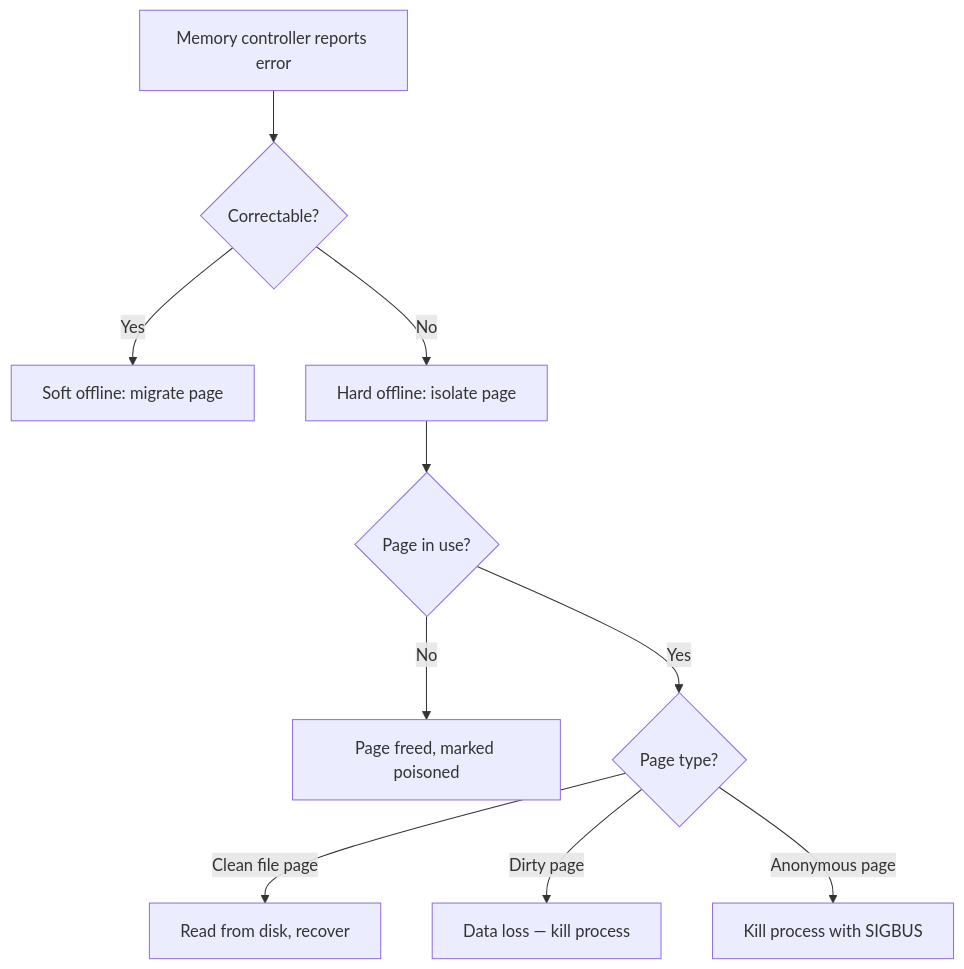
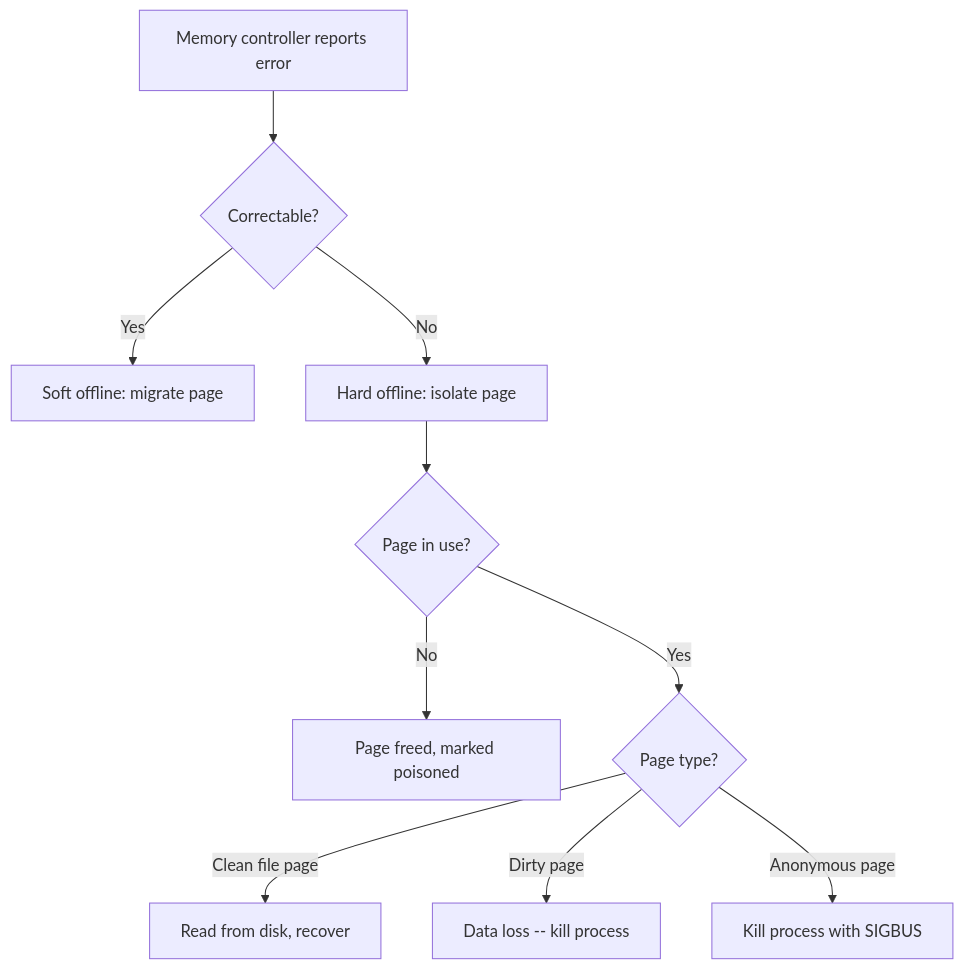
Before and after one commit to Abhinav-Kumar012/lb2: the third of 3 diagrams in src/kernel/memory/oom-killer.md, drawn with Mermaid. The commit also changed 211 other files, not shown here.

First line of the commit message:
fix: mermaid syntax issues across 212 files

````diff
--- a/src/kernel/memory/oom-killer.md
+++ b/src/kernel/memory/oom-killer.md
@@ -639,12 +639,12 @@
 ```mermaid
 flowchart TB
     A[Memory controller reports error] --> B{Correctable?}
     B -->|Yes| C[Soft offline: migrate page]
     B -->|No| D[Hard offline: isolate page]
     D --> E{Page in use?}
     E -->|No| F[Page freed, marked poisoned]
     E -->|Yes| G{Page type?}
     G -->|Clean file page| H[Read from disk, recover]
-    G -->|Dirty page| I[Data loss — kill process]
+    G -->|Dirty page| I[Data loss -- kill process]
     G -->|Anonymous page| J[Kill process with SIGBUS]
 ```
````
